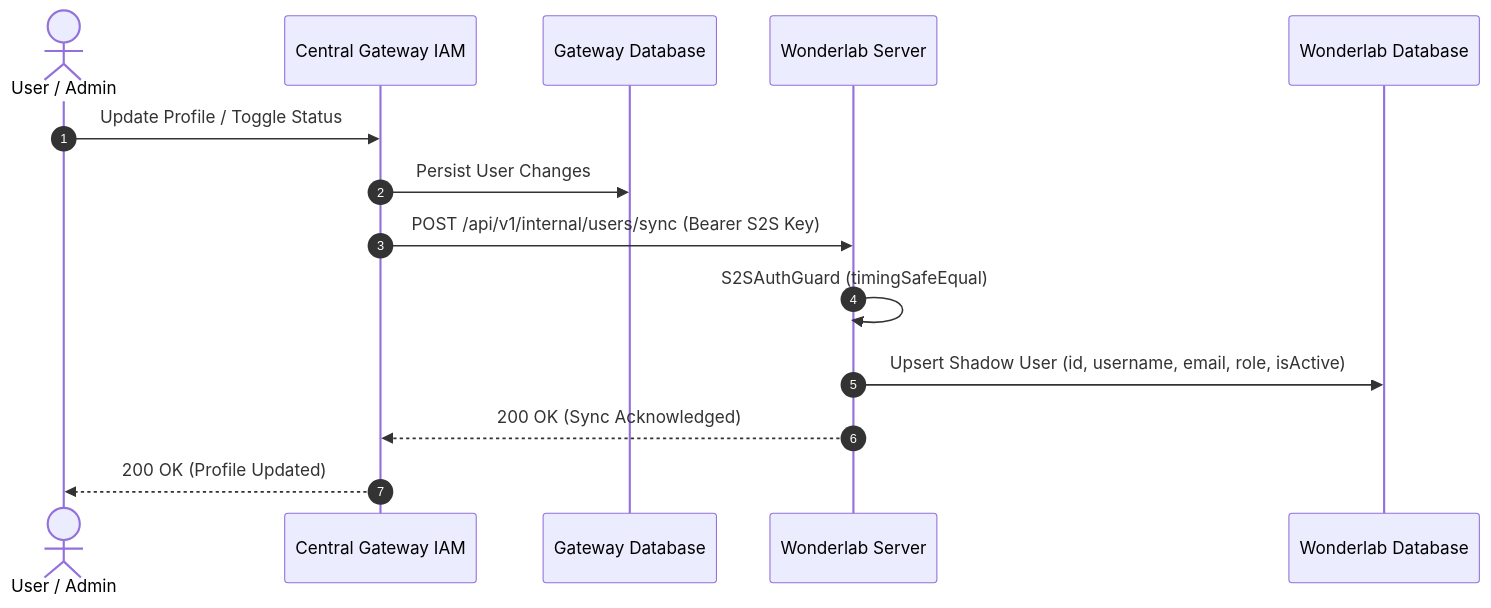
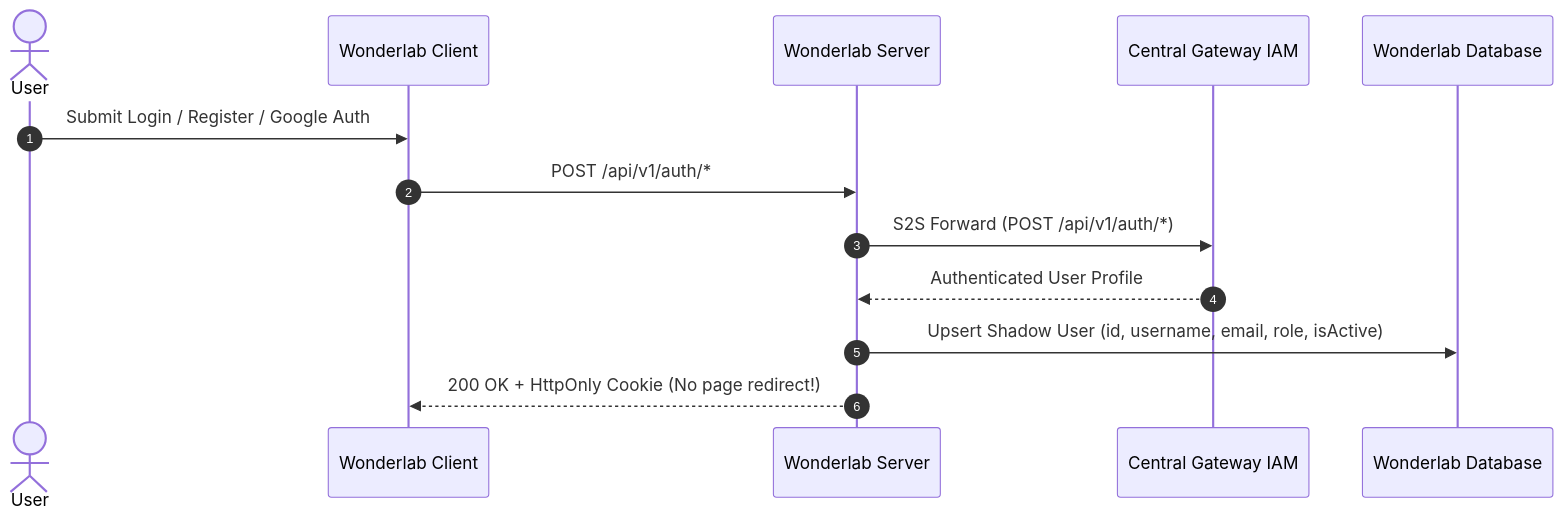
Before and after one commit to thanhba0505/wonderlab: the diagram in docs/decisions/0019-service-connections-and-iam-user-sync.md, drawn with Mermaid. The commit also changed other lines of this file and 13 other files, not shown here.

Commit message:
refactor(auth): implement BFF auth proxy and remove obsolete push sync

````diff
--- a/docs/decisions/0019-service-connections-and-iam-user-sync.md
+++ b/docs/decisions/0019-service-connections-and-iam-user-sync.md
@@ -70,17 +70,16 @@
 ```mermaid
 sequenceDiagram
     autonumber
-    actor User as User / Admin
+    actor User as User
+    participant Client as Wonderlab Client
+    participant WL as Wonderlab Server
     participant GW as Central Gateway IAM
-    participant DB_GW as Gateway Database
-    participant WL as Wonderlab Server
     participant DB_WL as Wonderlab Database
 
-    User->>GW: Update Profile / Toggle Status
-    GW->>DB_GW: Persist User Changes
-    GW->>WL: POST /api/v1/internal/users/sync (Bearer S2S Key)
-    WL->>WL: S2SAuthGuard (timingSafeEqual)
+    User->>Client: Submit Login / Register / Google Auth
+    Client->>WL: POST /api/v1/auth/*
+    WL->>GW: S2S Forward (POST /api/v1/auth/*)
+    GW-->>WL: Authenticated User Profile
     WL->>DB_WL: Upsert Shadow User (id, username, email, role, isActive)
-    WL-->>GW: 200 OK (Sync Acknowledged)
-    GW-->>User: 200 OK (Profile Updated)
+    WL-->>Client: 200 OK + HttpOnly Cookie (No page redirect!)
 ```
````
